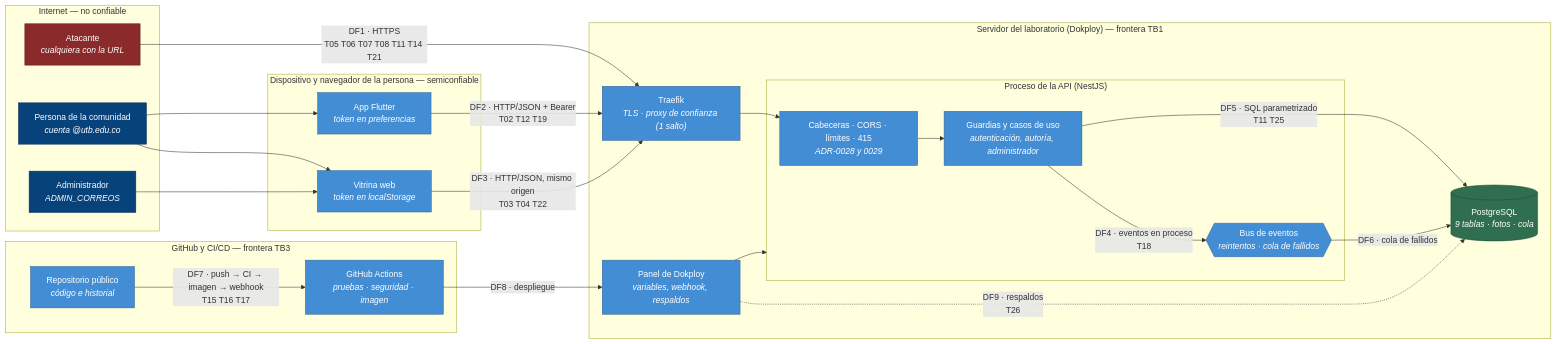
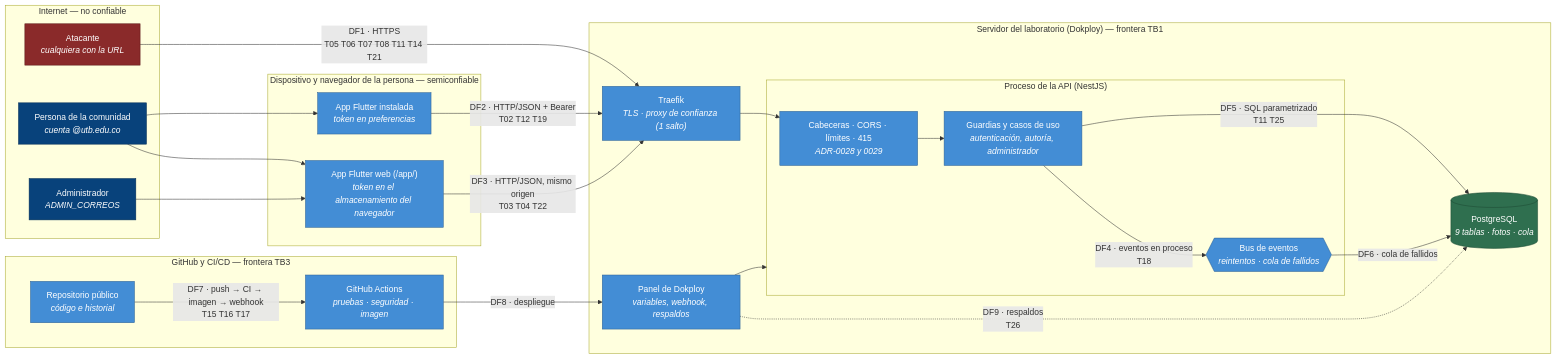
The diagram in docs/seguridad/modelo-de-amenazas.md (ISCOUTB/AS_202620_Recobra), drawn with Mermaid before and after one commit. The commit also changed other lines of this file and 30 other files, not shown here.

First line of the commit message:
Una sola interfaz: la app Flutter reemplaza la vitrina (ADR-0031)

````diff
--- a/docs/seguridad/modelo-de-amenazas.md
+++ b/docs/seguridad/modelo-de-amenazas.md
@@ -38,53 +38,53 @@
 ```mermaid
 flowchart LR
     subgraph internet["Internet — no confiable"]
         atacante["Atacante<br/><i>cualquiera con la URL</i>"]
         usuario["Persona de la comunidad<br/><i>cuenta @utb.edu.co</i>"]
         admin["Administrador<br/><i>ADMIN_CORREOS</i>"]
     end
 
     subgraph cliente["Dispositivo y navegador de la persona — semiconfiable"]
-        app["App Flutter<br/><i>token en preferencias</i>"]
-        web["Vitrina web<br/><i>token en localStorage</i>"]
+        app["App Flutter instalada<br/><i>token en preferencias</i>"]
+        web["App Flutter web (/app/)<br/><i>token en el almacenamiento del navegador</i>"]
     end
 
     subgraph lab["Servidor del laboratorio (Dokploy) — frontera TB1"]
         traefik["Traefik<br/><i>TLS · proxy de confianza (1 salto)</i>"]
         subgraph proc["Proceso de la API (NestJS)"]
             seg["Cabeceras · CORS · límites · 415<br/><i>ADR-0028 y 0029</i>"]
             api["Guardias y casos de uso<br/><i>autenticación, autoría, administrador</i>"]
             bus{{"Bus de eventos<br/><i>reintentos · cola de fallidos</i>"}}
         end
         bd[("PostgreSQL<br/><i>9 tablas · fotos · cola</i>")]
         panel["Panel de Dokploy<br/><i>variables, webhook, respaldos</i>"]
     end
 
     subgraph gh["GitHub y CI/CD — frontera TB3"]
         repo["Repositorio público<br/><i>código e historial</i>"]
         ci["GitHub Actions<br/><i>pruebas · seguridad · imagen</i>"]
     end
 
     atacante -->|"DF1 · HTTPS<br/>T05 T06 T07 T08 T11 T14 T21"| traefik
     usuario --> app
     usuario --> web
     admin --> web
     app -->|"DF2 · HTTP/JSON + Bearer<br/>T02 T12 T19"| traefik
     web -->|"DF3 · HTTP/JSON, mismo origen<br/>T03 T04 T22"| traefik
     traefik --> seg --> api
     api -->|"DF4 · eventos en proceso<br/>T18"| bus
     api -->|"DF5 · SQL parametrizado<br/>T11 T25"| bd
     bus -->|"DF6 · cola de fallidos"| bd
     repo -->|"DF7 · push → CI → imagen → webhook<br/>T15 T16 T17"| ci
     ci -->|"DF8 · despliegue"| panel
     panel --> proc
     panel -.->|"DF9 · respaldos<br/>T26"| bd
 
     classDef persona fill:#08427b,color:#fff,stroke:#052e56;
     classDef cont fill:#438dd5,color:#fff,stroke:#2e6295;
     classDef almacen fill:#2f6f4f,color:#fff,stroke:#1d4a34;
     classDef riesgo fill:#8a2a2a,color:#fff,stroke:#5c1b1b;
     class usuario,admin persona;
     class app,web,traefik,seg,api,bus,panel,repo,ci cont;
     class bd almacen;
     class atacante riesgo;
 ```
````
